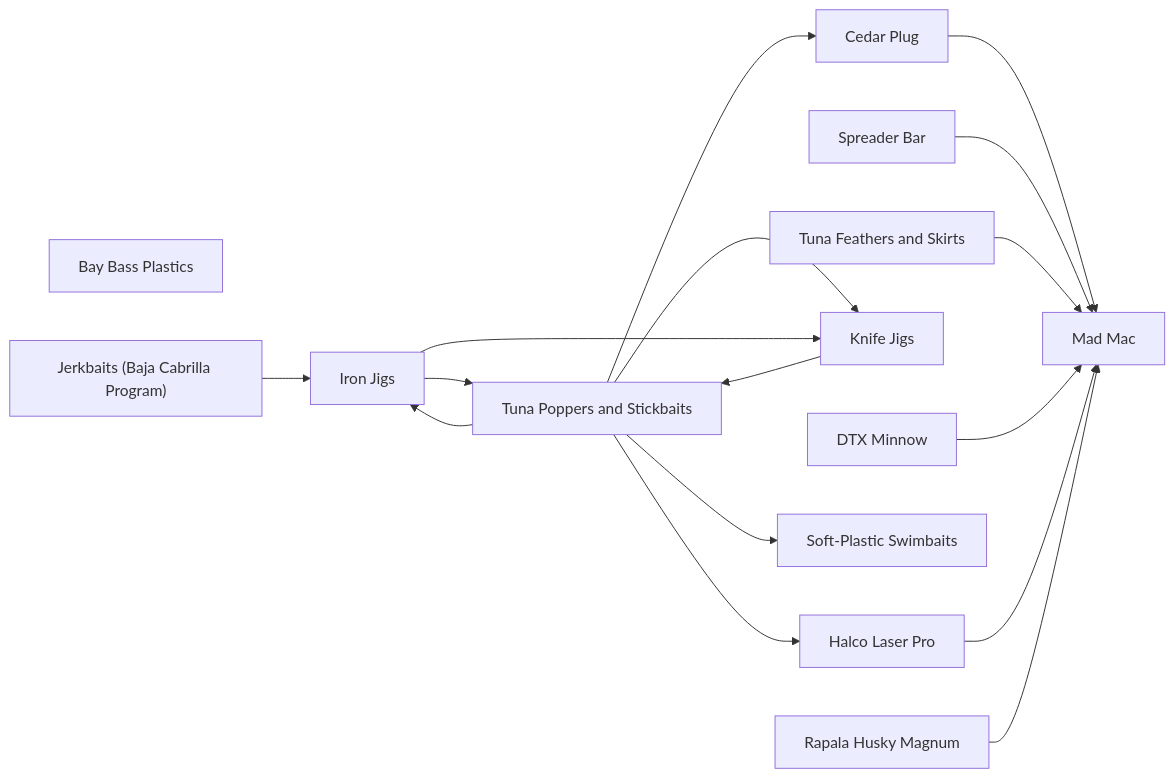
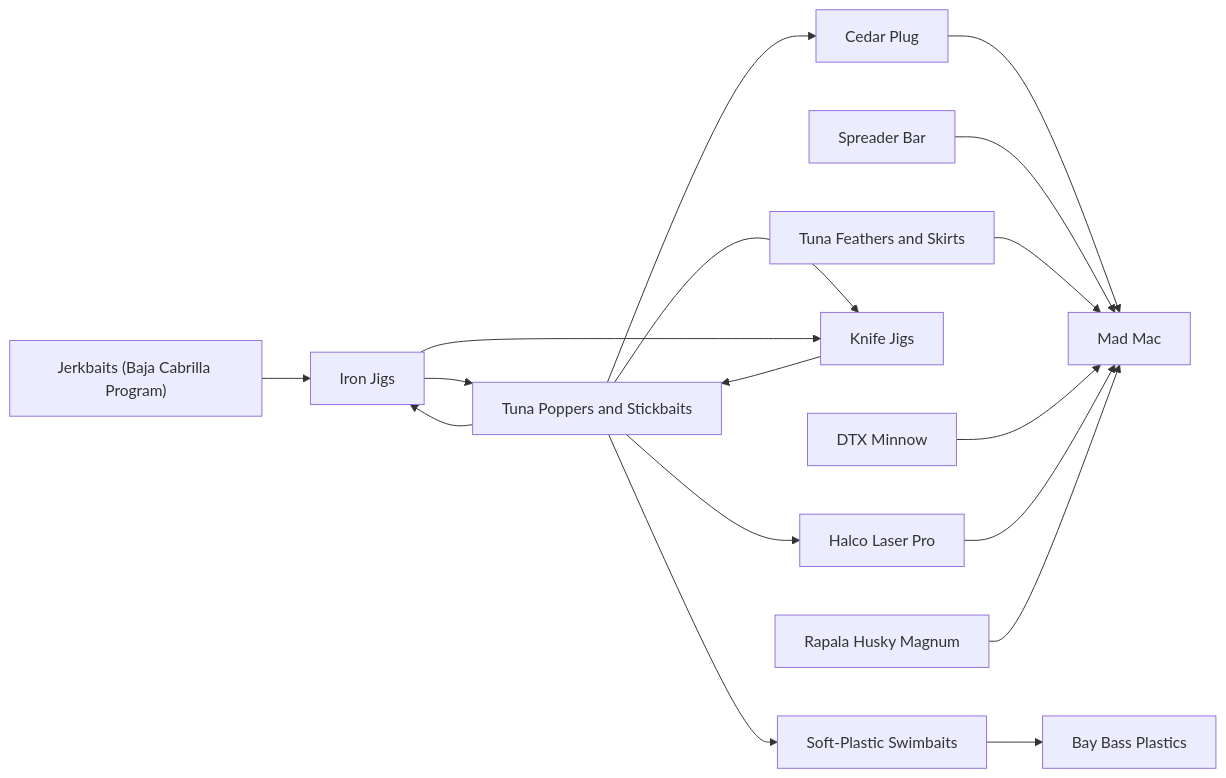
Before and after one commit to camchuckpete-max/Socal-Fishing-Knowledge: the diagram in lures/README.md, drawn with Mermaid. The commit also changed 3 other files, not shown here.

````diff
--- a/lures/README.md
+++ b/lures/README.md
@@ -26,31 +26,32 @@
 ```mermaid
 graph LR
   n0["Bay Bass Plastics"]
   n1["Cedar Plug"]
   n2["DTX Minnow"]
   n3["Halco Laser Pro"]
   n4["Iron Jigs"]
   n5["Jerkbaits (Baja Cabrilla Program)"]
   n6["Knife Jigs"]
   n7["Mad Mac"]
   n8["Rapala Husky Magnum"]
   n9["Soft-Plastic Swimbaits"]
   n10["Spreader Bar"]
   n11["Tuna Feathers and Skirts"]
   n12["Tuna Poppers and Stickbaits"]
   n1 --> n7
   n10 --> n7
   n11 --> n7
   n12 --> n1
   n12 --> n3
   n12 --> n4
   n12 --> n6
   n12 --> n9
   n2 --> n7
   n3 --> n7
   n4 --> n12
   n4 --> n6
   n5 --> n4
   n6 --> n12
   n8 --> n7
+  n9 --> n0
 ```
````
